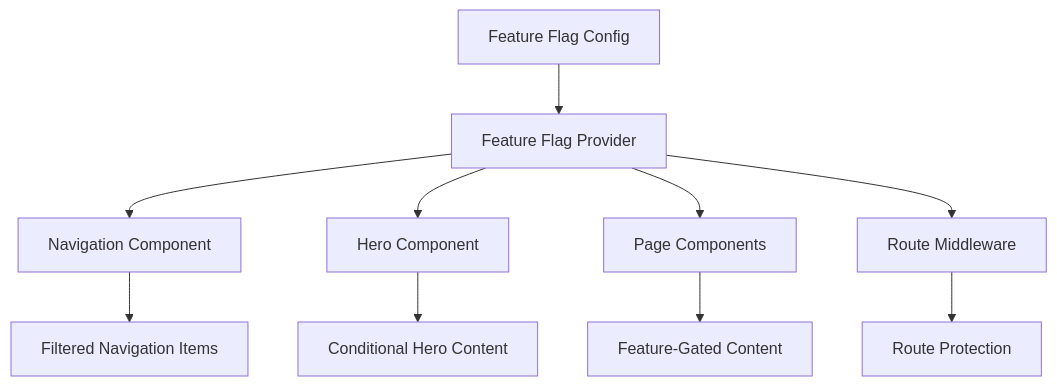
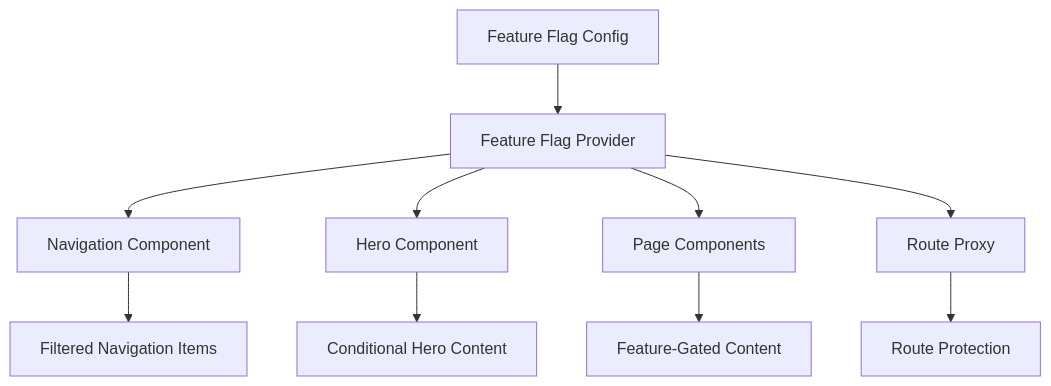
The diagram in .kiro/specs/feature-flag-control/design.md (LihSheng/portfolio), drawn with Mermaid before and after one commit. The commit also changed other lines of this file and 21 other files, not shown here.

````diff
--- a/.kiro/specs/feature-flag-control/design.md
+++ b/.kiro/specs/feature-flag-control/design.md
@@ -20,13 +20,13 @@
 ```mermaid
 graph TD
     A[Feature Flag Config] --> B[Feature Flag Provider]
     B --> C[Navigation Component]
     B --> D[Hero Component]
     B --> E[Page Components]
-    B --> F[Route Middleware]
+    B --> F[Route Proxy]
     
     C --> G[Filtered Navigation Items]
     D --> H[Conditional Hero Content]
     E --> I[Feature-Gated Content]
     F --> J[Route Protection]
 ```
````
